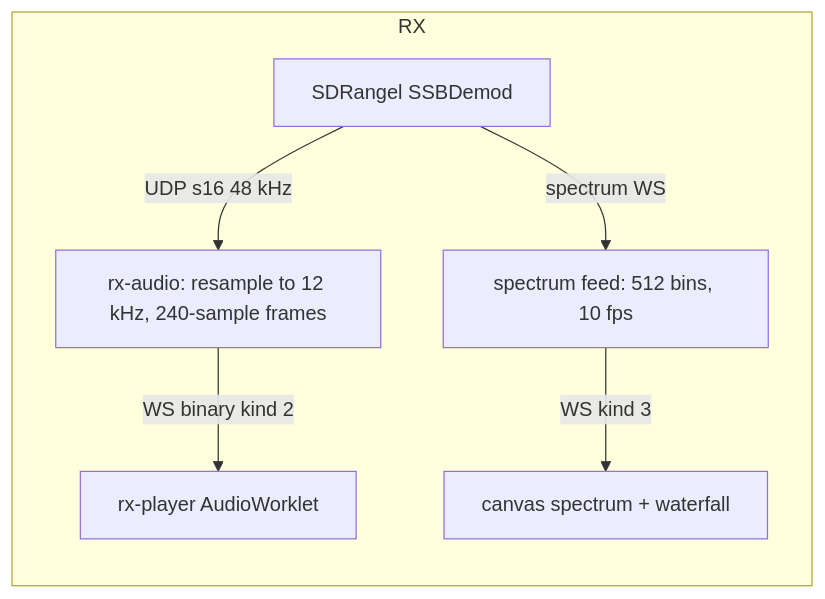
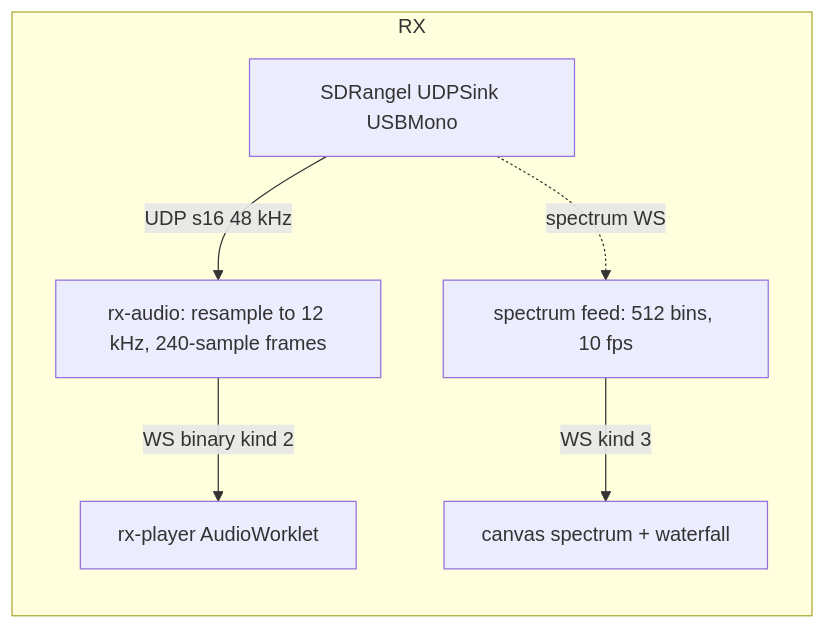
One commit to Brico-Hams/BricoHams-QO100-Station changed the fourth of 7 diagrams in docs/ARCHITECTURE.md. Above: the diagram before and after it, drawn with Mermaid. The commit also changed other lines of this file and 28 other files, not shown here.

Commit message:
feat: align SDRangel client with real API, UDPSource/UDPSink audio, strict mock, FreqTracker beacon engine (phase 14b)

````diff
--- a/docs/ARCHITECTURE.md
+++ b/docs/ARCHITECTURE.md
@@ -86,8 +86,8 @@
 ```mermaid
 flowchart LR
   subgraph RX
-    D1[SDRangel SSBDemod] -- UDP s16 48 kHz --> R[rx-audio: resample to 12 kHz, 240-sample frames]
+    D1[SDRangel UDPSink USBMono] -- UDP s16 48 kHz --> R[rx-audio: resample to 12 kHz, 240-sample frames]
     R -- WS binary kind 2 --> P[rx-player AudioWorklet]
-    D1 -- spectrum WS --> SP[spectrum feed: 512 bins, 10 fps] -- WS kind 3 --> C[canvas spectrum + waterfall]
+    D1 -. spectrum WS .-> SP[spectrum feed: 512 bins, 10 fps] -- WS kind 3 --> C[canvas spectrum + waterfall]
   end
 ```
````
